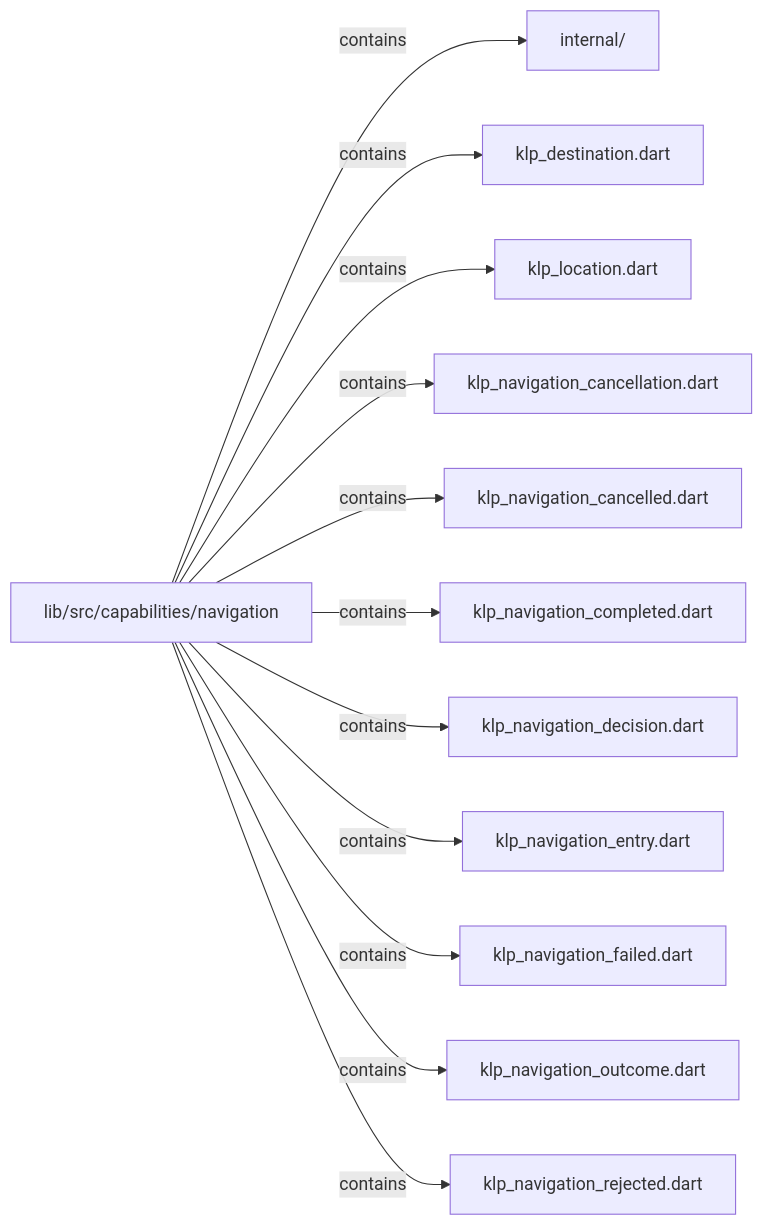
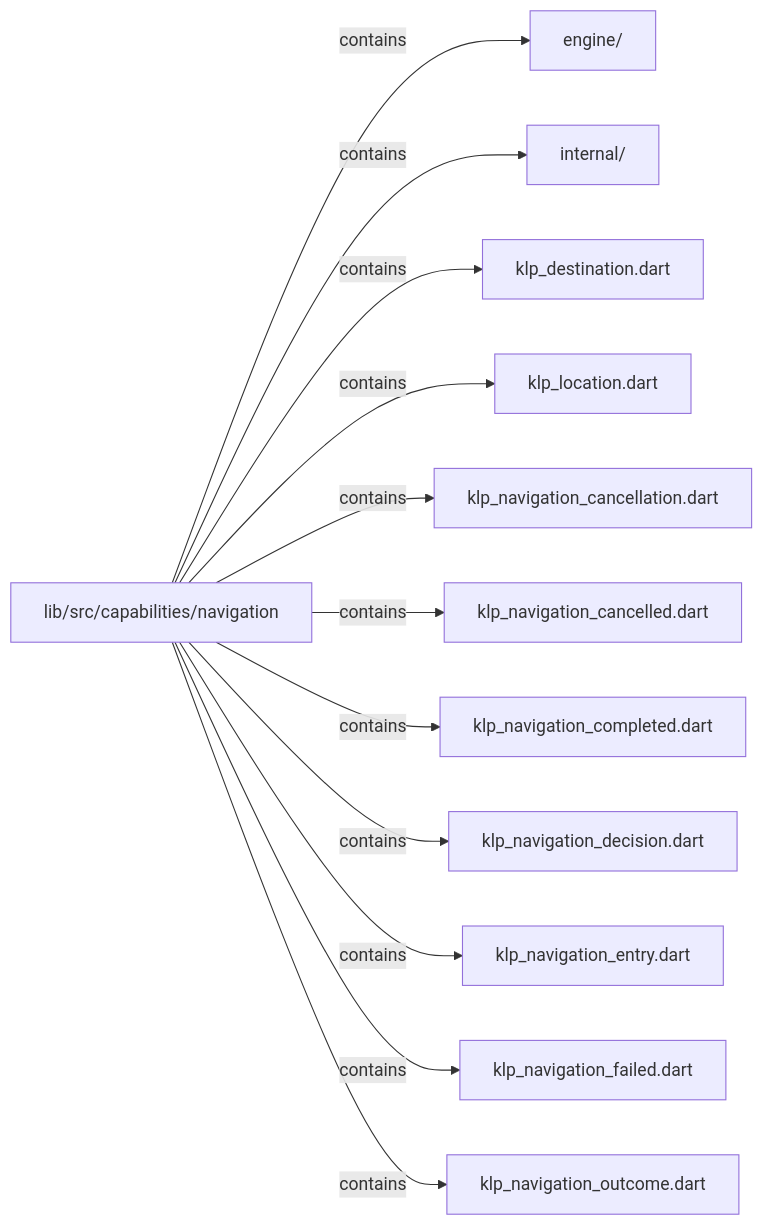
Before and after one commit to MiuDog/Kallopis: the second of 3 diagrams in docs/architecture/src/capabilities/navigation/README.md, drawn with Mermaid. The commit also changed other lines of this file and 9688 other files, not shown here.

Commit message:
Prepare isolated Flow F2 peer baseline

````diff
--- a/docs/architecture/src/capabilities/navigation/README.md
+++ b/docs/architecture/src/capabilities/navigation/README.md
@@ -60,26 +63,26 @@
 ```mermaid
 flowchart LR
 	n0["lib/src/capabilities/navigation"]
-	n1["internal/"]
-	n2["klp_destination.dart"]
-	n3["klp_location.dart"]
-	n4["klp_navigation_cancellation.dart"]
-	n5["klp_navigation_cancelled.dart"]
-	n6["klp_navigation_completed.dart"]
-	n7["klp_navigation_decision.dart"]
-	n8["klp_navigation_entry.dart"]
-	n9["klp_navigation_failed.dart"]
-	n10["klp_navigation_outcome.dart"]
-	n11["klp_navigation_rejected.dart"]
+	n1["engine/"]
+	n2["internal/"]
+	n3["klp_destination.dart"]
+	n4["klp_location.dart"]
+	n5["klp_navigation_cancellation.dart"]
+	n6["klp_navigation_cancelled.dart"]
+	n7["klp_navigation_completed.dart"]
+	n8["klp_navigation_decision.dart"]
+	n9["klp_navigation_entry.dart"]
+	n10["klp_navigation_failed.dart"]
+	n11["klp_navigation_outcome.dart"]
 	n0 -->|"contains"| n1
 	n0 -->|"contains"| n2
 	n0 -->|"contains"| n3
 	n0 -->|"contains"| n4
 	n0 -->|"contains"| n5
 	n0 -->|"contains"| n6
 	n0 -->|"contains"| n7
 	n0 -->|"contains"| n8
 	n0 -->|"contains"| n9
 	n0 -->|"contains"| n10
 	n0 -->|"contains"| n11
 ```
````
